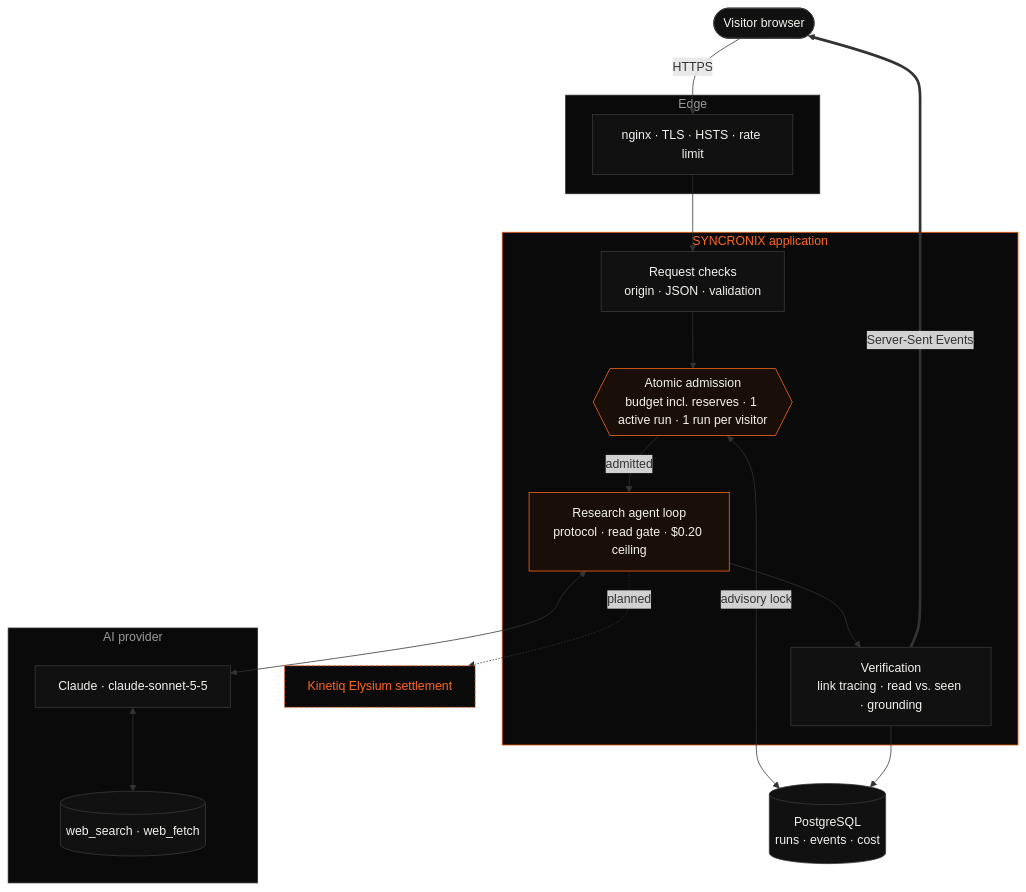
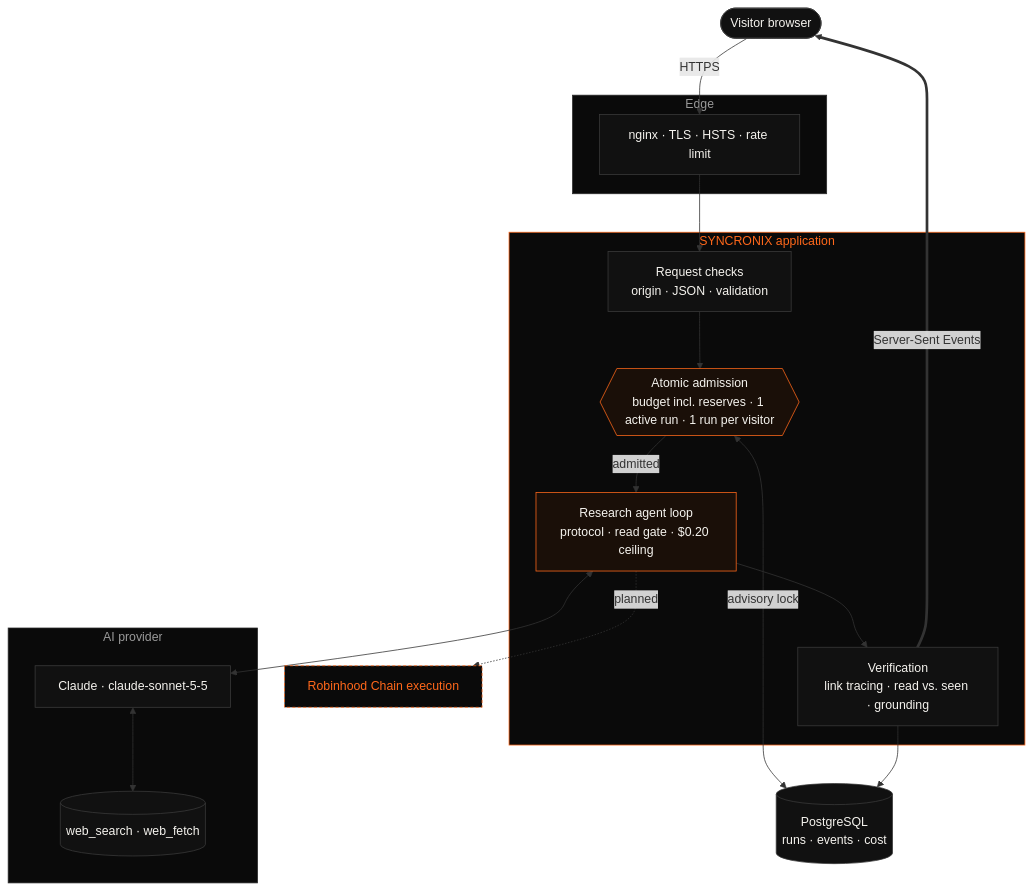
Before and after one commit to SyncronixLabs/SyncronixLabs: the first of 3 diagrams in README.md, drawn with Mermaid. The commit also changed other lines of this file, not shown here.

Commit message:
Reposition profile to the Robinhood ecosystem; add non-affiliation notice

````diff
--- a/README.md
+++ b/README.md
@@ -100,35 +101,35 @@
 ```mermaid
 flowchart TB
     U(["Visitor browser"])
     subgraph EDGE["Edge"]
       N["nginx · TLS · HSTS · rate limit"]
     end
     subgraph APP["SYNCRONIX application"]
       A["Request checks<br/>origin · JSON · validation"]
       G{{"Atomic admission<br/>budget incl. reserves · 1 active run · 1 run per visitor"}}
       R["Research agent loop<br/>protocol · read gate · $0.20 ceiling"]
       V["Verification<br/>link tracing · read vs. seen · grounding"]
     end
     subgraph AI["AI provider"]
       C["Claude · claude-sonnet-5-5"]
       W[("web_search · web_fetch")]
     end
     P[("PostgreSQL<br/>runs · events · cost")]
-    E["Kinetiq Elysium settlement"]:::planned
+    E["Robinhood Chain execution"]:::planned
 
     U -->|"HTTPS"| N --> A --> G
     G <-->|"advisory lock"| P
     G -->|"admitted"| R
     R <--> C <--> W
     R --> V --> P
     V ==>|"Server-Sent Events"| U
     R -. "planned" .-> E
 
     classDef default fill:#111111,stroke:#3a3a3a,color:#F5F3EE
     classDef planned fill:#0A0A0A,stroke:#FF681B,color:#FF681B,stroke-dasharray:4 3
     style G fill:#1a0f08,stroke:#FF681B,color:#F5F3EE
     style R fill:#1a0f08,stroke:#FF681B,color:#F5F3EE
     style EDGE fill:#0A0A0A,stroke:#2a2a2a,color:#9a9a9a
     style APP fill:#0A0A0A,stroke:#FF681B,color:#FF681B
     style AI fill:#0A0A0A,stroke:#2a2a2a,color:#9a9a9a
 ```
````
